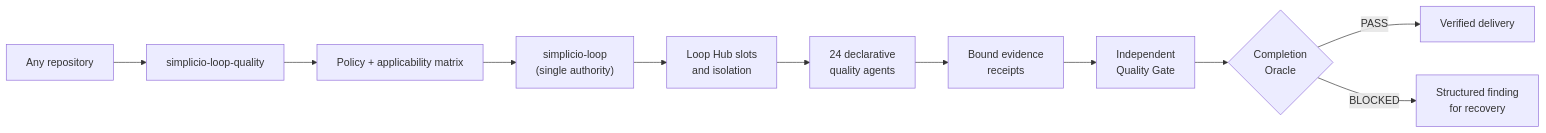
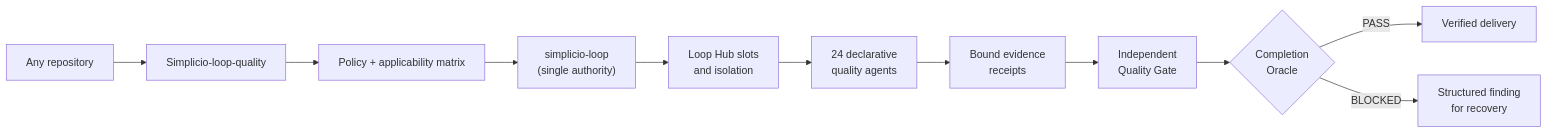
Before and after one commit to wesleysimplicio/simplicio-loop-quality: the first of 2 diagrams in README.md, drawn with Mermaid. The commit also changed other lines of this file and 19 other files, not shown here.

Commit message:
docs: brand visuals as Simplicio-loop-quality

````diff
--- a/README.md
+++ b/README.md
@@ -72,13 +72,13 @@
 ```mermaid
 flowchart LR
-  REPO["Any repository"] --> EXT["simplicio-loop-quality"]
+  REPO["Any repository"] --> EXT["Simplicio-loop-quality"]
   EXT --> POLICY["Policy + applicability matrix"]
   POLICY --> LOOP["simplicio-loop\n(single authority)"]
   LOOP --> HUB["Loop Hub slots\nand isolation"]
   HUB --> AGENTS["24 declarative\nquality agents"]
   AGENTS --> EVIDENCE["Bound evidence\nreceipts"]
   EVIDENCE --> GATE["Independent\nQuality Gate"]
   GATE --> ORACLE{"Completion\nOracle"}
   ORACLE -->|PASS| DONE["Verified delivery"]
   ORACLE -->|BLOCKED| FINDING["Structured finding\nfor recovery"]
 ```
````
